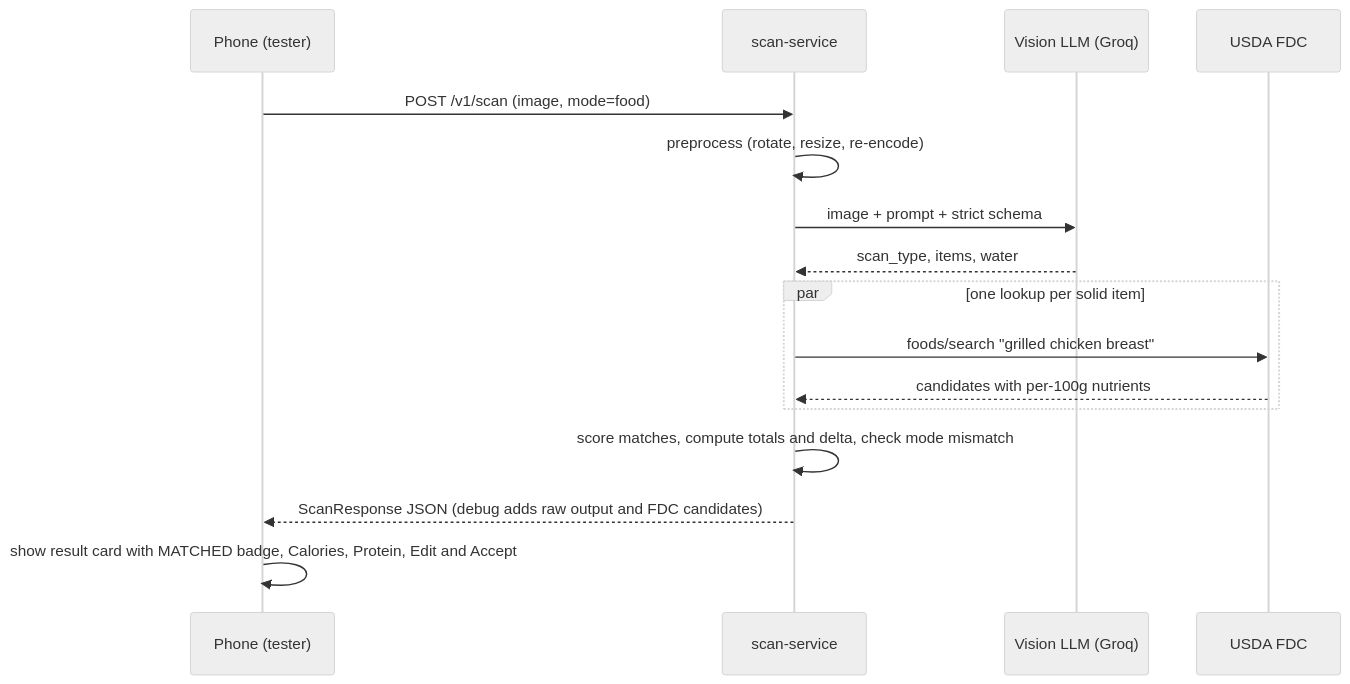
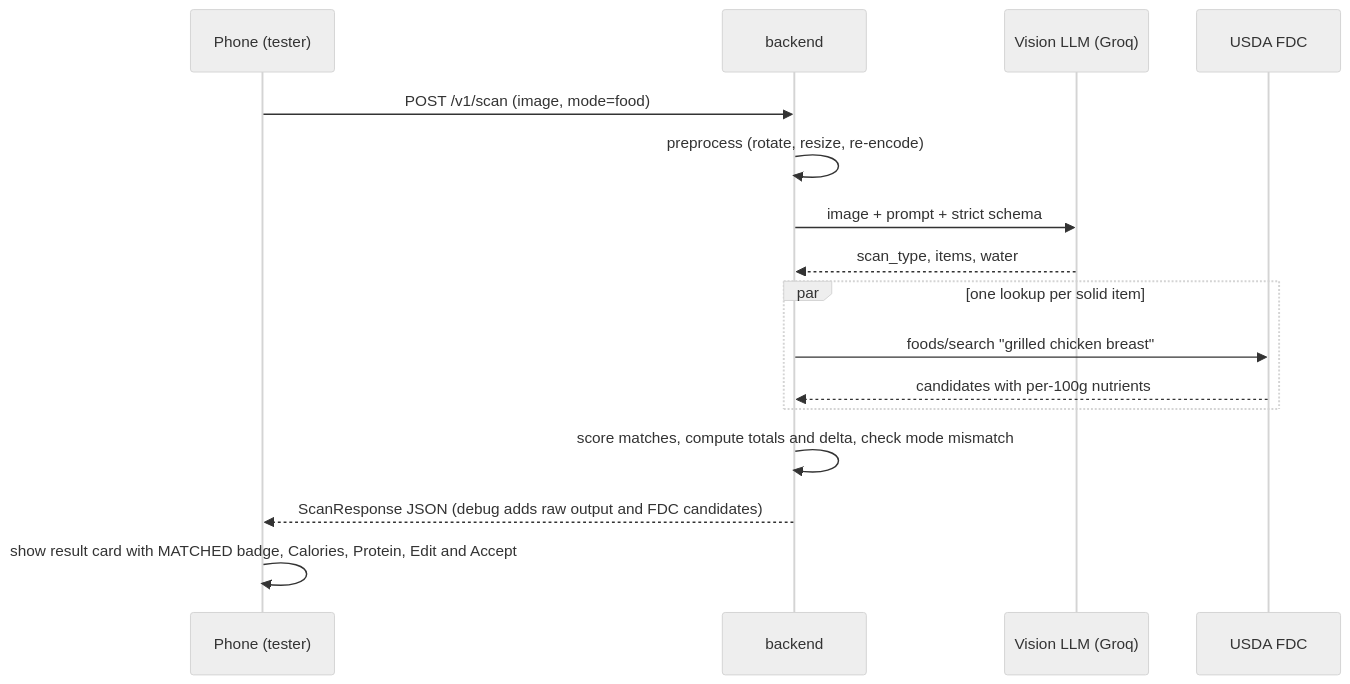
Before and after one commit to ashutoshanandmehta/Riva-Snap: the third of 4 diagrams in ARCHITECTURE.md, drawn with Mermaid (neutral theme). The commit also changed other lines of this file and 1 other file, not shown here.

Commit message:
Rewrite README and ARCHITECTURE in first person, document all logging APIs

````diff
--- a/ARCHITECTURE.md
+++ b/ARCHITECTURE.md
@@ -68,19 +72,19 @@
 ```mermaid
 sequenceDiagram
     participant P as Phone (tester)
-    participant S as scan-service
+    participant S as backend
     participant V as Vision LLM (Groq)
     participant F as USDA FDC
 
     P->>S: POST /v1/scan (image, mode=food)
     S->>S: preprocess (rotate, resize, re-encode)
     S->>V: image + prompt + strict schema
     V-->>S: scan_type, items, water
     par one lookup per solid item
         S->>F: foods/search "grilled chicken breast"
         F-->>S: candidates with per-100g nutrients
     end
     S->>S: score matches, compute totals and delta, check mode mismatch
     S-->>P: ScanResponse JSON (debug adds raw output and FDC candidates)
     P->>P: show result card with MATCHED badge, Calories, Protein, Edit and Accept
 ```
````
